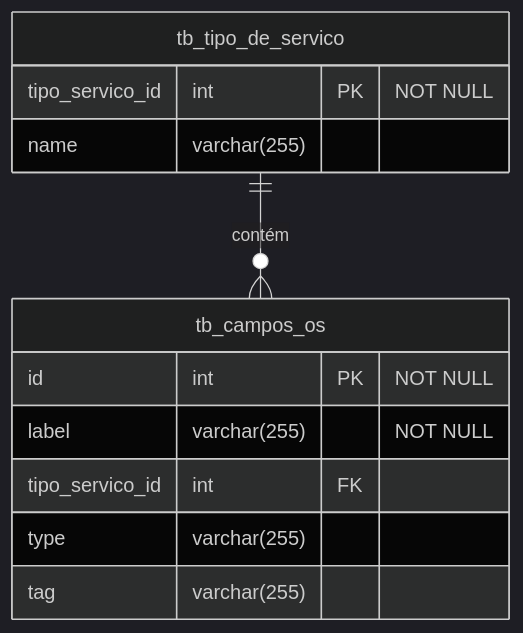
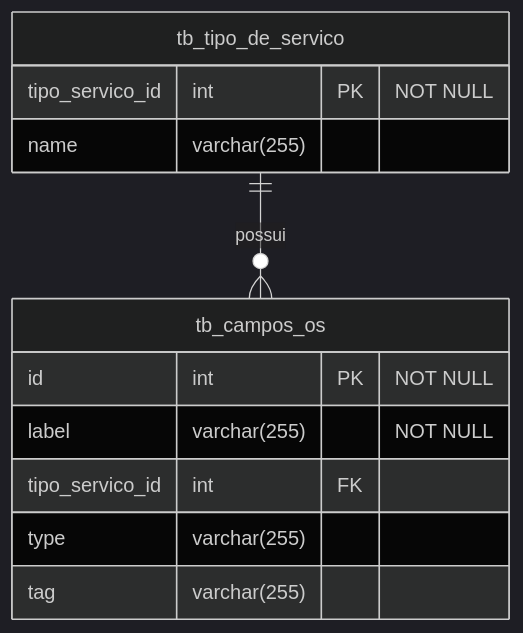
The second of 2 diagrams in README.md (VitorVts/O.SGen2), drawn with Mermaid (dark theme) before and after one commit.

Commit message:
fix: Diagram table

````diff
--- a/README.md
+++ b/README.md
@@ -36,17 +36,17 @@
 ```mermaid
 erDiagram
     tb_tipo_de_servico {
         tipo_servico_id int PK "NOT NULL"
         name varchar(255)
     }
 
     tb_campos_os {
         id int PK "NOT NULL"
         label varchar(255) "NOT NULL"
         tipo_servico_id int FK
         type varchar(255)
         tag varchar(255)
     }
 
-    tb_tipo_de_servico ||--o{ tb_campos_os : contém
+    tb_tipo_de_servico ||--o{ tb_campos_os : possui
 ```
````
